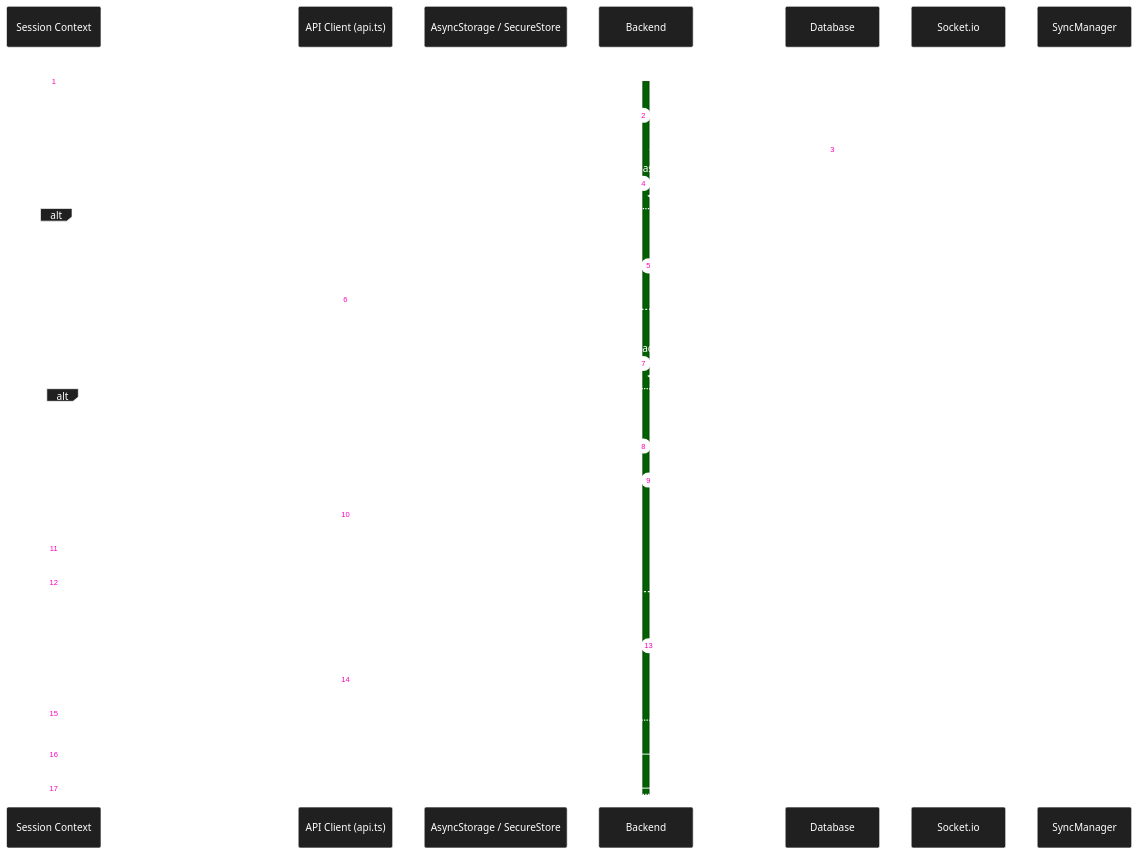
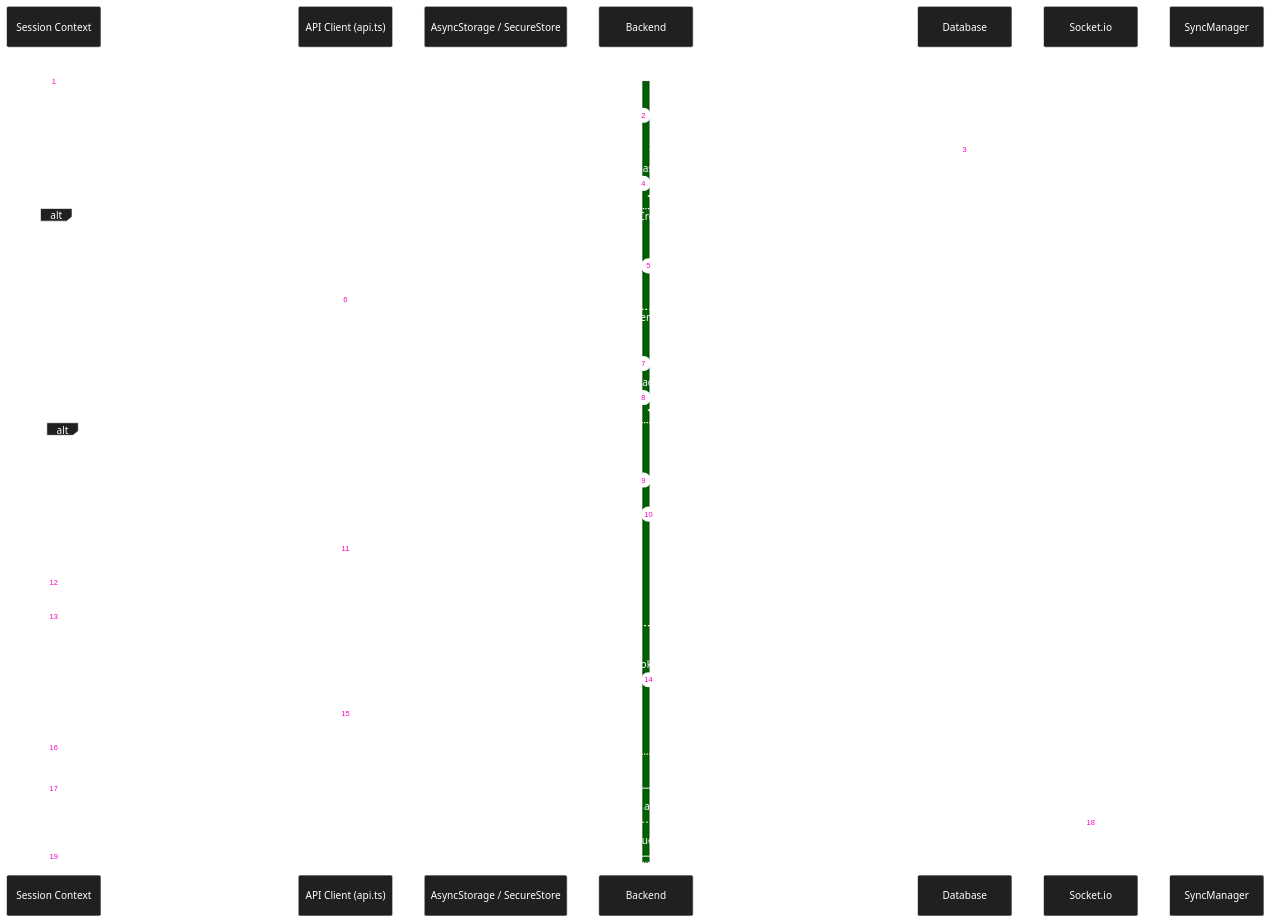
Before and after one commit to michaelgreenl/tally-tracker: the diagram in docs/diagrams/sequence/auth/login.md, drawn with Mermaid. The commit also changed 36 other files, not shown here.

````diff
--- a/docs/diagrams/sequence/auth/login.md
+++ b/docs/diagrams/sequence/auth/login.md
@@ -3,58 +3,60 @@
 ```mermaid
 %%{
   init: {
     'theme': 'base',
     'themeVariables': {
       'primaryColor': '#202020',
       'primaryTextColor': '#fff',
       'primaryBorderColor': '#ffffff',
       'lineColor': '#00ff41',
       'secondaryColor': '#006100',
       'tertiaryColor': '#fff',
       'noteBkgColor': '#333',
       'noteTextColor': '#fff',
       'noteBorderColor': '#fff'
     }
   }
 }%%
 
 sequenceDiagram
     autonumber
     participant Store as Session Context
     participant Client as API Client (api.ts)
     participant Storage as AsyncStorage / SecureStore
     participant API as Backend
     participant DB as Database
     participant Socket as Socket.io
     participant Sync as SyncManager
 
     Store->>Client: POST /users/login { email, password, rememberMe }
 
     activate API
     API->>DB: Find user by normalized email
     DB-->>API: User record
     API->>API: Compare password hash
 
     alt Invalid Credentials
         API-->>Client: 404 or 401
         Client-->>Store: ApiError
     else Valid Credentials
+        API->>DB: Lock user and recheck password hash and session version
         API->>API: Generate access token
 
         alt rememberMe true or native login
             API->>DB: Store refresh token record
             API-->>Client: 200 { user, accessToken, refreshToken } + Set-Cookie
             Client-->>Store: Auth response
-            Store->>Storage: Cache user profile
             Store->>Storage: Store native tokens when present
+            Store->>Storage: Cache user profile after token writes finish
         else rememberMe false on web
-            API-->>Client: 200 { user, accessToken } + Set-Cookie(access)
+            API-->>Client: 200 { user, accessToken } + Set-Cookie(access), clear old refresh cookie
             Client-->>Store: Auth response
             Store->>Storage: Cache user profile
         end
 
         Store->>Socket: connectSocket()
+        Socket-->>Store: session-ready after authenticated room admission
         Store->>Sync: processQueue()
     end
     deactivate API
 ```
````
